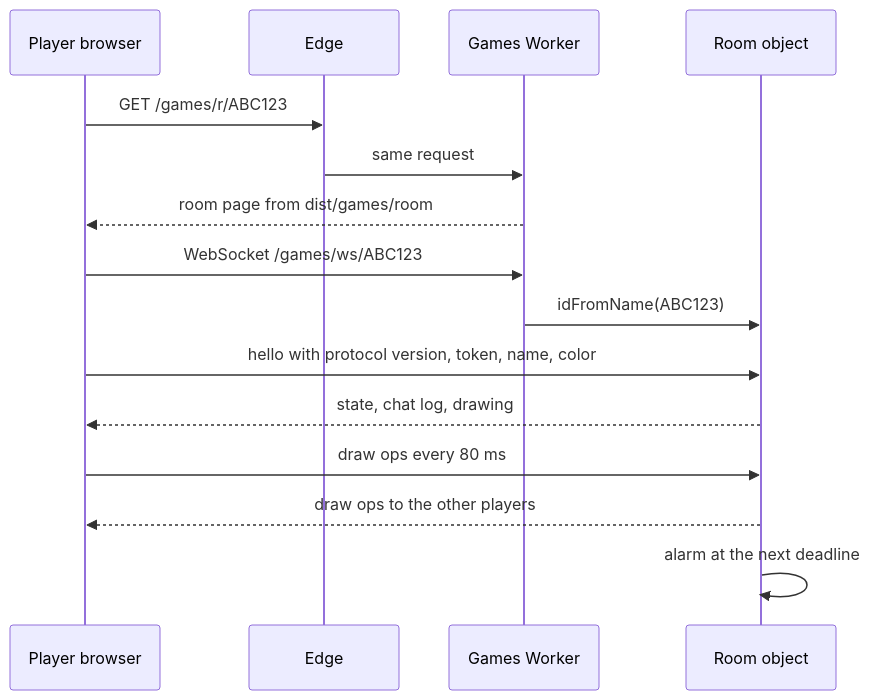
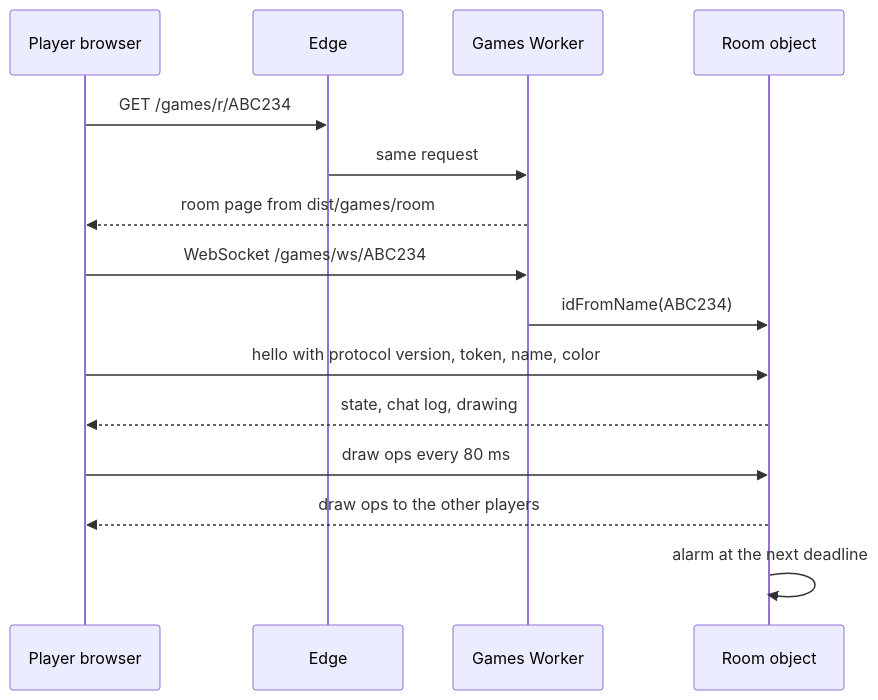
One commit to workbench-soft/workbench-soft.github.io changed the third of 3 diagrams in apps/games/docs/architecture.md. Above: the diagram before and after it, drawn with Mermaid. The commit also changed 4 other files, not shown here.

````diff
--- a/apps/games/docs/architecture.md
+++ b/apps/games/docs/architecture.md
@@ -36,17 +36,17 @@
 ```mermaid
 sequenceDiagram
   participant P as Player browser
   participant E as Edge
   participant W as Games Worker
   participant R as Room object
-  P->>E: GET /games/r/ABC123
+  P->>E: GET /games/r/ABC234
   E->>W: same request
   W-->>P: room page from dist/games/room
-  P->>W: WebSocket /games/ws/ABC123
-  W->>R: idFromName(ABC123)
+  P->>W: WebSocket /games/ws/ABC234
+  W->>R: idFromName(ABC234)
   P->>R: hello with protocol version, token, name, color
   R-->>P: state, chat log, drawing
   P->>R: draw ops every 80 ms
   R-->>P: draw ops to the other players
   R->>R: alarm at the next deadline
 ```
````
